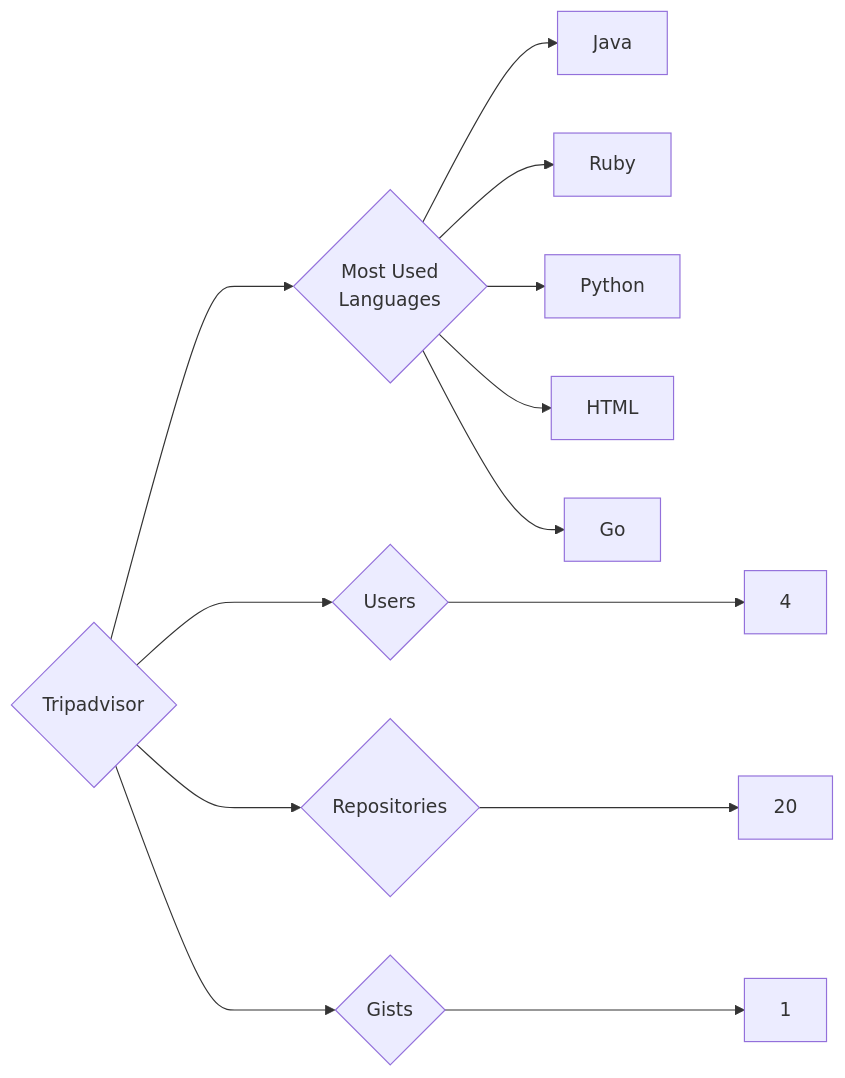
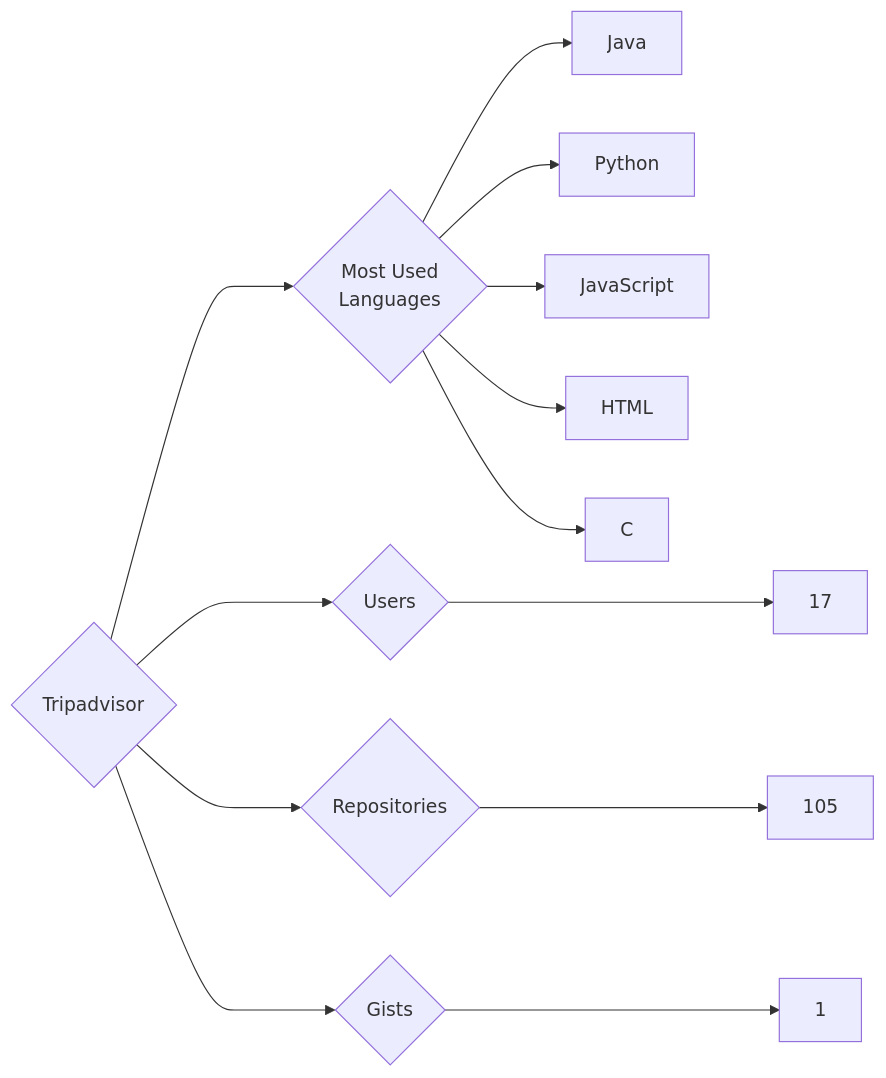
Before and after one commit to trickest/insiders: the diagram in targets/Tripadvisor/README.md, drawn with Mermaid. The commit also changed 976 other files, not shown here.

````diff
--- a/targets/Tripadvisor/README.md
+++ b/targets/Tripadvisor/README.md
@@ -3,13 +3,13 @@
 ```mermaid
 graph LR
 COMPANY_NAME{Tripadvisor}
-COMPANY_NAME ---> U{Users} ---> UN[4]
-COMPANY_NAME ---> R{Repositories} ---> RN[20]
+COMPANY_NAME ---> U{Users} ---> UN[17]
+COMPANY_NAME ---> R{Repositories} ---> RN[105]
 COMPANY_NAME ---> G{Gists} ---> GN[1]
 COMPANY_NAME ---> ML{Most Used<br>Languages}
 ML --> Java[Java]
-ML --> Ruby[Ruby]
 ML --> Python[Python]
+ML --> JavaScript[JavaScript]
 ML --> HTML[HTML]
-ML --> Go[Go]
+ML --> C[C]
 ```
````
